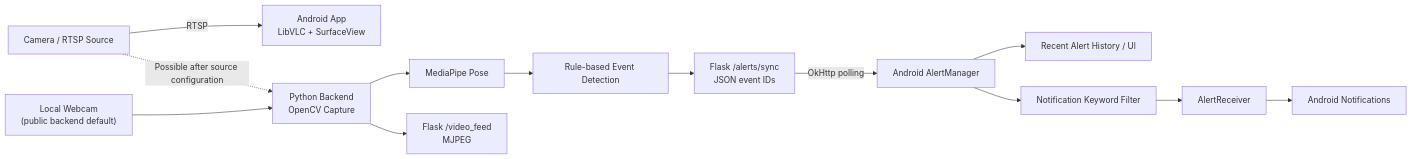
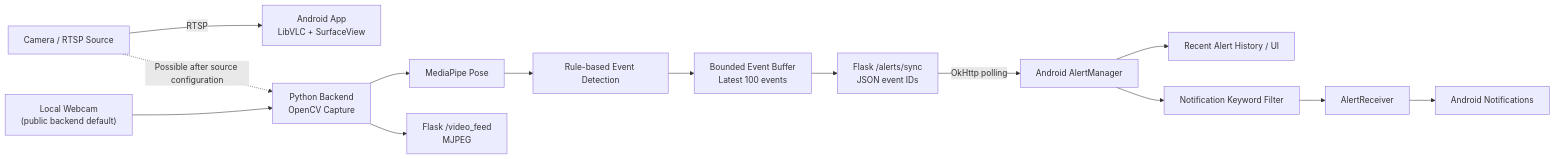
One commit to HoiChunWat/Real-Time-Human-Activity-Monitoring changed the first of 3 diagrams in README.md. Above: the diagram before and after it, drawn with Mermaid. The commit also changed other lines of this file, not shown here.

Commit message:
Document event synchronization performance, complexity, and post-capstone improvements

````diff
--- a/README.md
+++ b/README.md
@@ -41,15 +44,16 @@
 ```mermaid
 flowchart LR
     CAM["Camera / RTSP Source"] -->|RTSP| APP["Android App<br/>LibVLC + SurfaceView"]
     WEBCAM["Local Webcam<br/>(public backend default)"] --> CV["Python Backend<br/>OpenCV Capture"]
     CAM -.->|Possible after source configuration| CV
     CV --> MP["MediaPipe Pose"]
     MP --> DET["Rule-based Event Detection"]
-    DET --> API["Flask /alerts/sync<br/>JSON event IDs"]
+    DET --> BUF["Bounded Event Buffer<br/>Latest 100 events"]
+    BUF --> API["Flask /alerts/sync<br/>JSON event IDs"]
     API -->|OkHttp polling| AM["Android AlertManager"]
     AM --> HIST["Recent Alert History / UI"]
     AM --> FILTER["Notification Keyword Filter"]
     FILTER --> RX["AlertReceiver"]
     RX --> NOTIF["Android Notifications"]
     CV --> MJPEG["Flask /video_feed<br/>MJPEG"]
 ```
````
